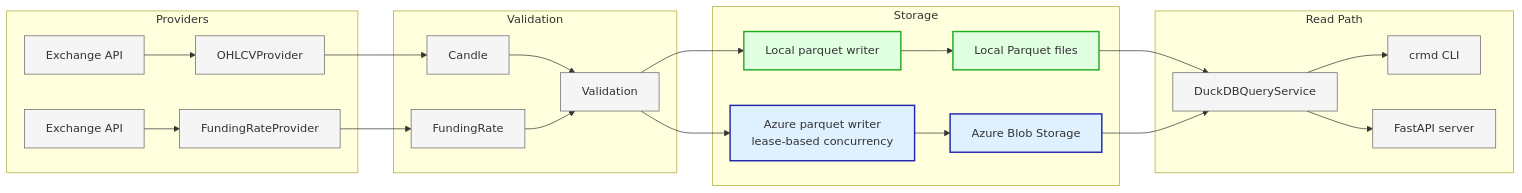
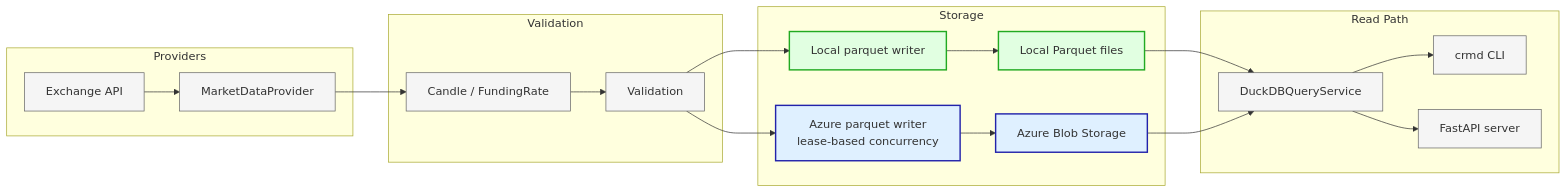
One commit to bigmikecreates/crypto-market-data-platform changed the diagram in README.md. Above: the diagram before and after it, drawn with Mermaid. The commit also changed 2 other files, not shown here.

Commit message:
docs: deduplicate mermaid diagrams across all pages
- README: merge OHLCVProvider+FundingRateProvider into MarketDataProvider
- getting-started: remove duplicate diagram, link to Home page instead
- architecture: remove near-duplicate diagram, link to Home page instead
- index.md: kept as canonical system overview reference
- storage-e2e: all 4 diagrams unique, no changes needed

````diff
--- a/README.md
+++ b/README.md
@@ -17,33 +17,31 @@
 ```mermaid
 graph LR
     classDef local fill:#e1ffe1,stroke:#2a2,stroke-width:2px;
     classDef azure fill:#dff0ff,stroke:#22a,stroke-width:2px;
     classDef shared fill:#f5f5f5,stroke:#666,stroke-width:1px;
 
     subgraph Providers
-        A1[Exchange API] --> B1[OHLCVProvider]
-        A2[Exchange API] --> B2[FundingRateProvider]
+        A[Exchange API] --> B[MarketDataProvider]
     end
     subgraph Validation
-        B1 --> C1[Candle]
-        B2 --> C2[FundingRate]
-        C1 & C2 --> D[Validation]
+        B --> C[Candle / FundingRate]
+        C --> D[Validation]
     end
     subgraph Storage
         D --> E1[Local parquet writer]
         D --> E2[Azure parquet writer<br/>lease-based concurrency]
         E1 --> F1[Local Parquet files]
         E2 --> F2[Azure Blob Storage]
     end
     subgraph Read Path
         F1 & F2 --> G[DuckDBQueryService]
         G --> H[crmd CLI]
         G --> I[FastAPI server]
     end
 
     class E1,F1 local;
     class E2,F2 azure;
-    class A1,A2,B1,B2,C1,C2,D,G,H,I shared;
+    class A,B,C,D,G,H,I shared;
 
     linkStyle default stroke-width:1px;
 ```
````
